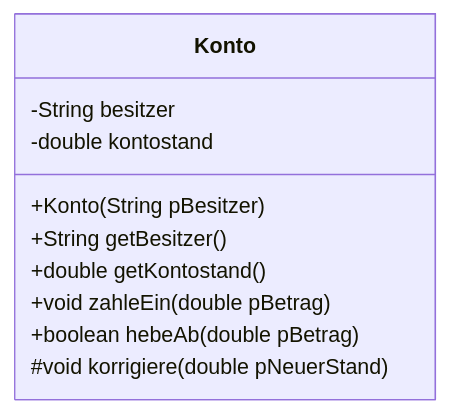
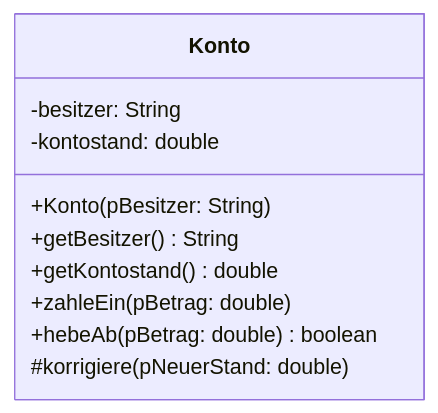
The first of 5 diagrams in book/oberstufe/oop/02-erweiterungen/01-vertiefte-objektorientierung/01-implementationsdiagramme.md (openpatch/hyperbook-informatik), drawn with Mermaid before and after one commit. The commit also changed other lines of this file and 19 other files, not shown here.

Commit message:
richtige implementationsdiagramme

````diff
--- a/book/oberstufe/oop/02-erweiterungen/01-vertiefte-objektorientierung/01-implementationsdiagramme.md
+++ b/book/oberstufe/oop/02-erweiterungen/01-vertiefte-objektorientierung/01-implementationsdiagramme.md
@@ -27,13 +27,13 @@
 ```mermaid
 classDiagram
     class Konto {
-        -String besitzer
-        -double kontostand
-        +Konto(String pBesitzer)
-        +String getBesitzer()
-        +double getKontostand()
-        +void zahleEin(double pBetrag)
-        +boolean hebeAb(double pBetrag)
-        #void korrigiere(double pNeuerStand)
+        -besitzer: String
+        -kontostand: double
+        +Konto(pBesitzer: String)
+        +getBesitzer() String
+        +getKontostand() double
+        +zahleEin(pBetrag: double)
+        +hebeAb(pBetrag: double) boolean
+        #korrigiere(pNeuerStand: double)
     }
 ```
````
